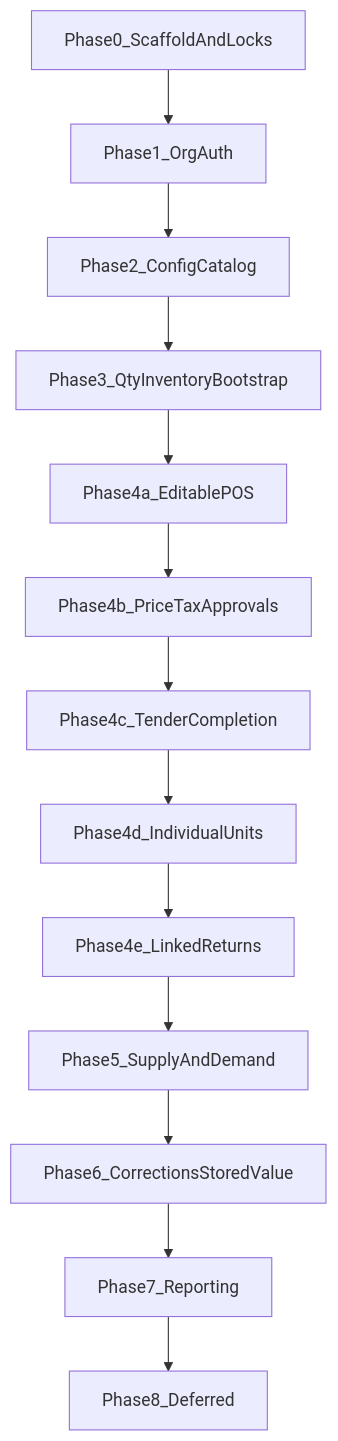
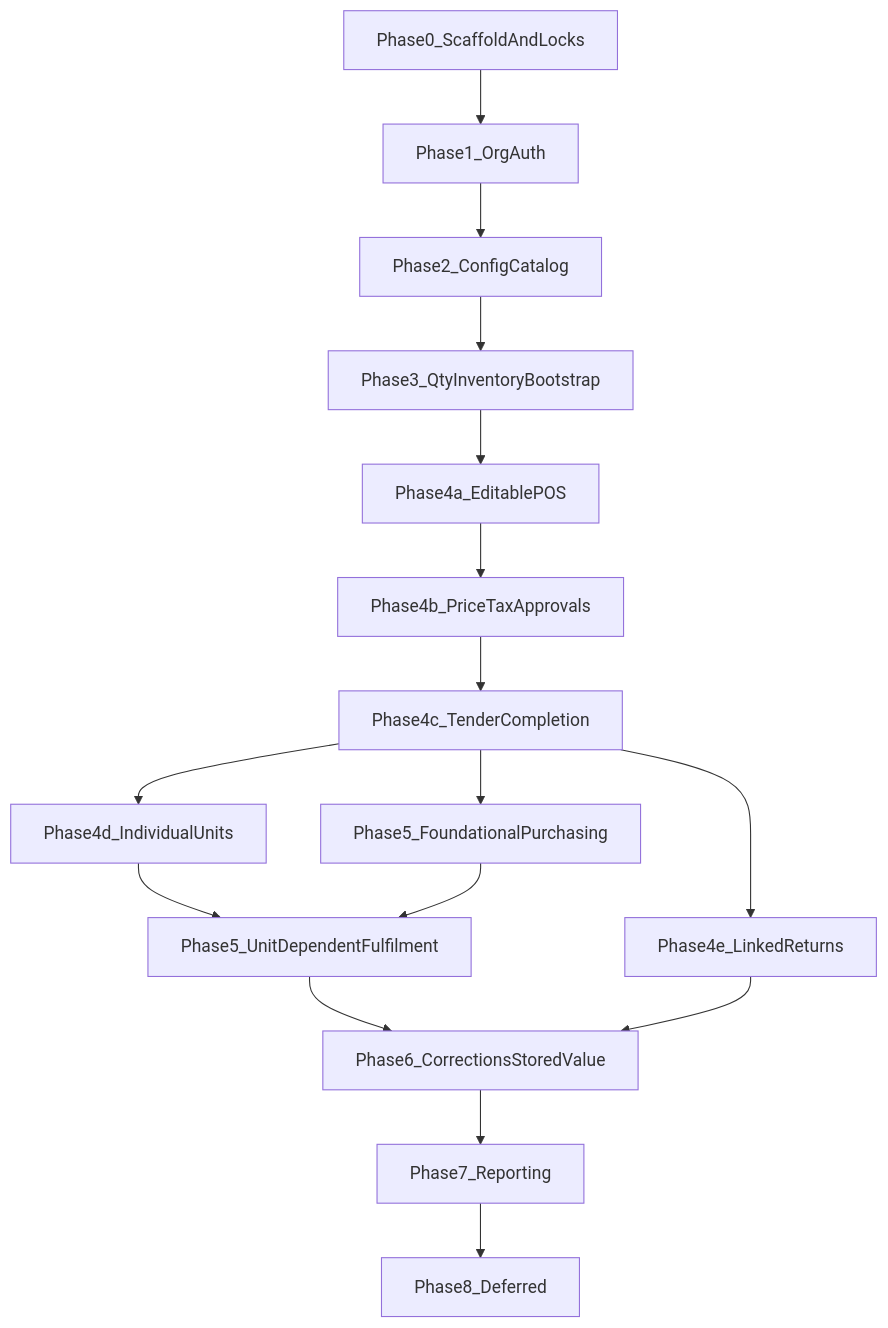
Before and after one commit to tswarren/shelfstack-5: the diagram in docs/implementation/roadmap.md, drawn with Mermaid. The commit also changed other lines of this file and 208 other files, not shown here.

````diff
--- a/docs/implementation/roadmap.md
+++ b/docs/implementation/roadmap.md
@@ -29,19 +29,26 @@
 ```mermaid
 flowchart TD
   P0[Phase0_ScaffoldAndLocks]
   P1[Phase1_OrgAuth]
   P2[Phase2_ConfigCatalog]
   P3[Phase3_QtyInventoryBootstrap]
   P4a[Phase4a_EditablePOS]
   P4b[Phase4b_PriceTaxApprovals]
   P4c[Phase4c_TenderCompletion]
   P4d[Phase4d_IndividualUnits]
   P4e[Phase4e_LinkedReturns]
-  P5[Phase5_SupplyAndDemand]
+  P5f[Phase5_FoundationalPurchasing]
+  P5u[Phase5_UnitDependentFulfilment]
   P6[Phase6_CorrectionsStoredValue]
   P7[Phase7_Reporting]
   P8[Phase8_Deferred]
 
   P0 --> P1 --> P2 --> P3 --> P4a --> P4b --> P4c
-  P4c --> P4d --> P4e --> P5 --> P6 --> P7 --> P8
+  P4c --> P4d
+  P4c --> P4e
+  P4c --> P5f
+  P4d --> P5u
+  P5f --> P5u
+  P5u --> P6 --> P7 --> P8
+  P4e --> P6
 ```
````
